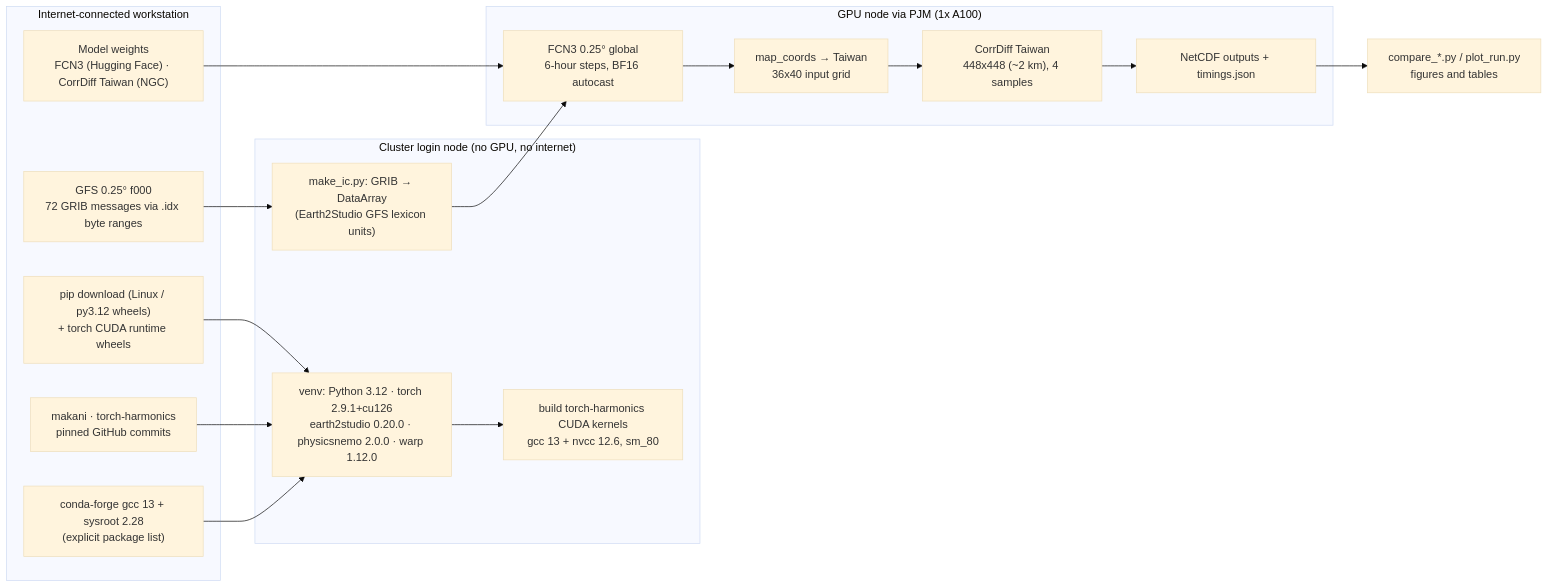
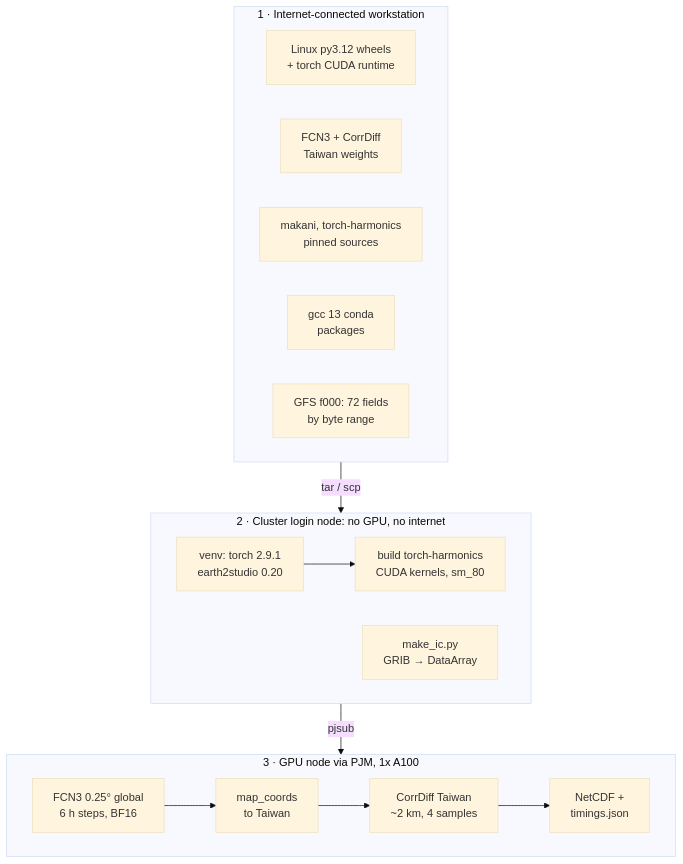
Before and after one commit to yinruei/earth2studio-taiwan: the diagram in README.md, drawn with Mermaid (base theme).

Commit message:
README: lay out the architecture diagram top-to-bottom so it stays legible on GitHub

````diff
--- a/README.md
+++ b/README.md
@@ -29,27 +29,22 @@
 ```mermaid
-flowchart LR
-  subgraph WS["Internet-connected workstation"]
-    A["pip download (Linux / py3.12 wheels)<br/>+ torch CUDA runtime wheels"]
-    B["Model weights<br/>FCN3 (Hugging Face) · CorrDiff Taiwan (NGC)"]
-    C["makani · torch-harmonics<br/>pinned GitHub commits"]
-    D["conda-forge gcc 13 + sysroot 2.28<br/>(explicit package list)"]
-    E["GFS 0.25° f000<br/>72 GRIB messages via .idx byte ranges"]
+flowchart TB
+  subgraph WS["1 · Internet-connected workstation"]
+    direction LR
+    A["Linux py3.12 wheels<br/>+ torch CUDA runtime"]
+    B["FCN3 + CorrDiff<br/>Taiwan weights"]
+    C["makani, torch-harmonics<br/>pinned sources"]
+    D["gcc 13 conda<br/>packages"]
+    E["GFS f000: 72 fields<br/>by byte range"]
   end
-  subgraph LN["Cluster login node (no GPU, no internet)"]
-    F["venv: Python 3.12 · torch 2.9.1+cu126<br/>earth2studio 0.20.0 · physicsnemo 2.0.0 · warp 1.12.0"]
-    G["build torch-harmonics CUDA kernels<br/>gcc 13 + nvcc 12.6, sm_80"]
-    H["make_ic.py: GRIB → DataArray<br/>(Earth2Studio GFS lexicon units)"]
+  subgraph LN["2 · Cluster login node: no GPU, no internet"]
+    direction LR
+    F["venv: torch 2.9.1<br/>earth2studio 0.20"] --> G["build torch-harmonics<br/>CUDA kernels, sm_80"]
+    H["make_ic.py<br/>GRIB → DataArray"]
   end
-  subgraph GN["GPU node via PJM (1x A100)"]
-    I["FCN3 0.25° global<br/>6-hour steps, BF16 autocast"]
-    J["map_coords → Taiwan<br/>36x40 input grid"]
-    K["CorrDiff Taiwan<br/>448x448 (~2 km), 4 samples"]
-    L["NetCDF outputs + timings.json"]
+  subgraph GN["3 · GPU node via PJM, 1x A100"]
+    direction LR
+    I["FCN3 0.25° global<br/>6 h steps, BF16"] --> J["map_coords<br/>to Taiwan"] --> K["CorrDiff Taiwan<br/>~2 km, 4 samples"] --> L["NetCDF +<br/>timings.json"]
   end
-  A & C & D --> F
-  F --> G
-  B --> I
-  E --> H --> I
-  I --> J --> K --> L
-  L --> M["compare_*.py / plot_run.py<br/>figures and tables"]
+  WS -- "tar / scp" --> LN
+  LN -- "pjsub" --> GN
 ```
````
